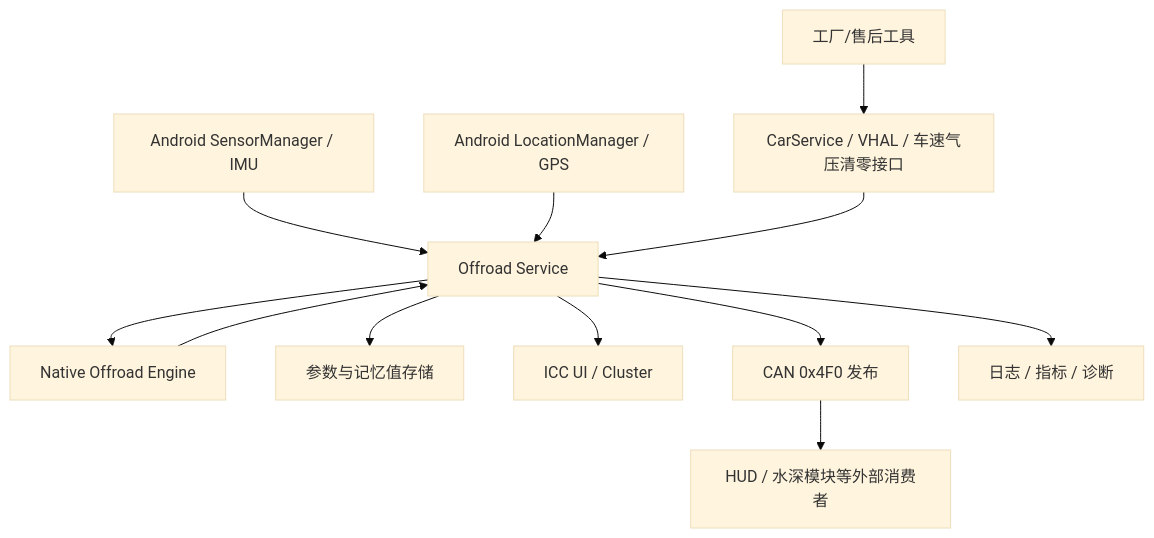
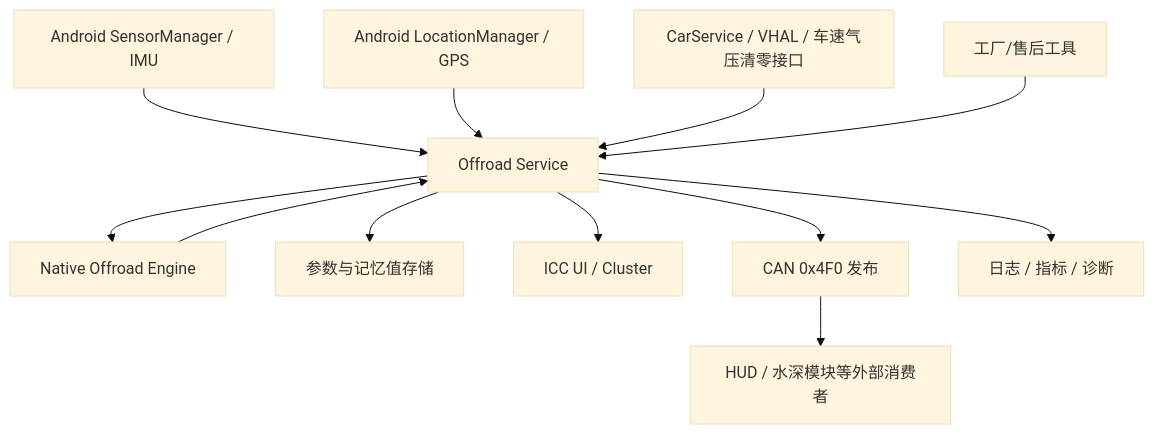
The first of 7 diagrams in design/architecture.md (ailearneryang/harnesse2e), drawn with Mermaid (base theme) before and after one commit. The commit also changed other lines of this file and 26 other files, not shown here.

````diff
--- a/design/architecture.md
+++ b/design/architecture.md
@@ -59,14 +88,14 @@
 ```mermaid
 graph TD
     Sensor["Android SensorManager / IMU"] --> OffroadSvc["Offroad Service"]
     Location["Android LocationManager / GPS"] --> OffroadSvc
     Vehicle["CarService / VHAL / 车速气压清零接口"] --> OffroadSvc
+    Factory["工厂/售后工具"] --> OffroadSvc
     OffroadSvc --> Engine["Native Offroad Engine"]
     Engine --> OffroadSvc
     OffroadSvc --> Store["参数与记忆值存储"]
     OffroadSvc --> Display["ICC UI / Cluster"]
     OffroadSvc --> CanPub["CAN 0x4F0 发布"]
     OffroadSvc --> Diag["日志 / 指标 / 诊断"]
-    Factory["工厂/售后工具"] --> Vehicle
-    CanPub --> HUD["HUD / 水深模块等外部消费者"]
+    CanPub --> Consumer["HUD / 水深模块等外部消费者"]
 ```
````
